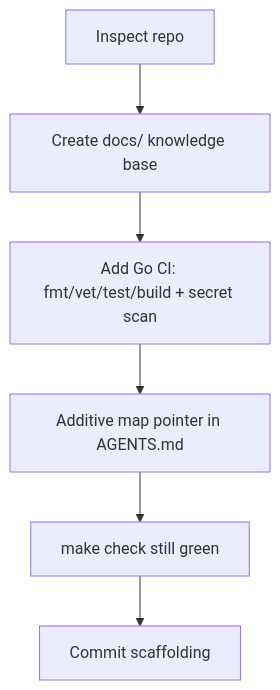
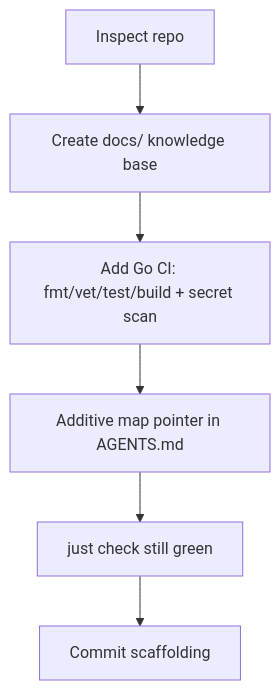
Before and after one commit to svngoku/hermes-cli: the diagram in docs/exec-plans/active/2026-06-28-initial-setup.md, drawn with Mermaid. The commit also changed 9 other files, not shown here.

````diff
--- a/docs/exec-plans/active/2026-06-28-initial-setup.md
+++ b/docs/exec-plans/active/2026-06-28-initial-setup.md
@@ -31,8 +31,8 @@
 ```mermaid
 flowchart TD
     inspect[Inspect repo] --> docs[Create docs/ knowledge base]
     docs --> ci[Add Go CI: fmt/vet/test/build + secret scan]
     ci --> map[Additive map pointer in AGENTS.md]
-    map --> verify[make check still green]
+    map --> verify[just check still green]
     verify --> commit[Commit scaffolding]
 ```
````
